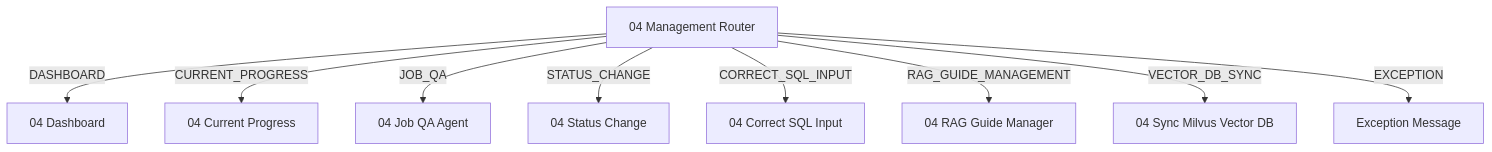
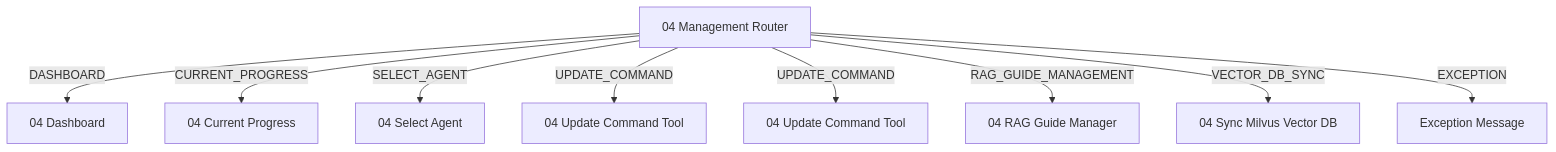
One commit to seongikjin227-jpg/refactoring_smartMigrate changed the third of 5 diagrams in smartMigrate_2.0_Langflow/00_guide/00_architecture_chapter2_chat_management.md. Above: the diagram before and after it, drawn with Mermaid. The commit also changed other lines of this file and 14 other files, not shown here.

````diff
--- a/smartMigrate_2.0_Langflow/00_guide/00_architecture_chapter2_chat_management.md
+++ b/smartMigrate_2.0_Langflow/00_guide/00_architecture_chapter2_chat_management.md
@@ -57,11 +57,11 @@
 ```mermaid
 flowchart TD
     M[04 Management Router] -->|DASHBOARD| DASH[04 Dashboard]
     M -->|CURRENT_PROGRESS| PROG[04 Current Progress]
-    M -->|JOB_QA| QA[04 Job QA Agent]
-    M -->|STATUS_CHANGE| RESET[04 Status Change]
-    M -->|CORRECT_SQL_INPUT| CORRECT[04 Correct SQL Input]
+    M -->|SELECT_AGENT| QA[04 Select Agent]
+    M -->|UPDATE_COMMAND| RESET[04 Update Command Tool]
+    M -->|UPDATE_COMMAND| CORRECT[04 Update Command Tool]
     M -->|RAG_GUIDE_MANAGEMENT| RAG[04 RAG Guide Manager]
     M -->|VECTOR_DB_SYNC| VDB[04 Sync Milvus Vector DB]
     M -->|EXCEPTION| EX[Exception Message]
 ```
````
